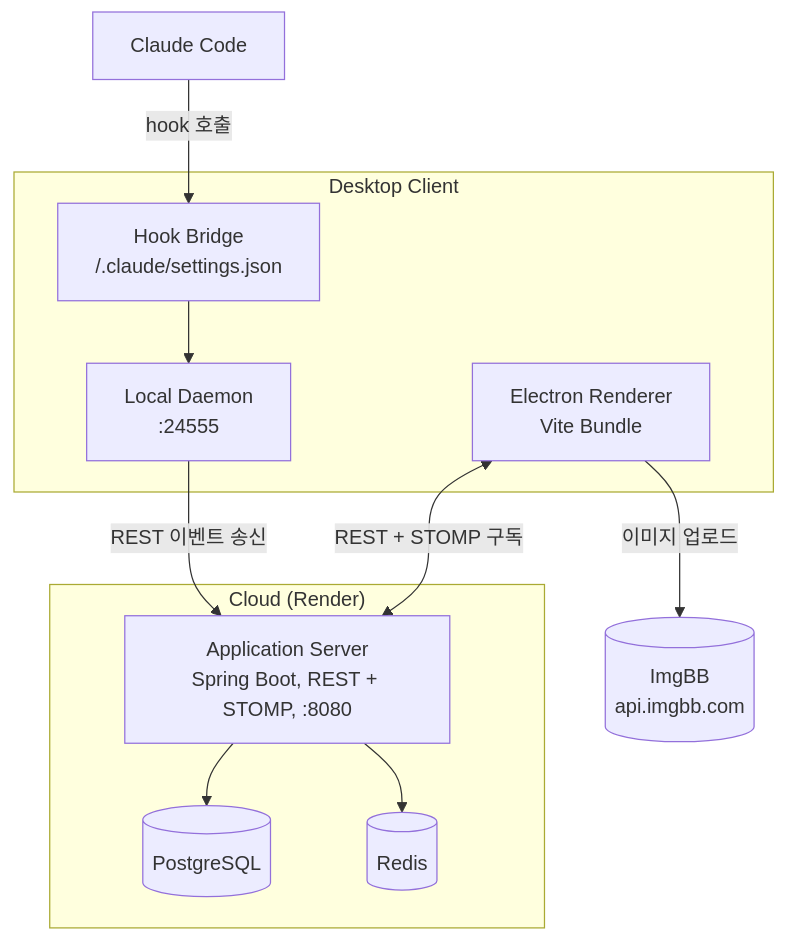
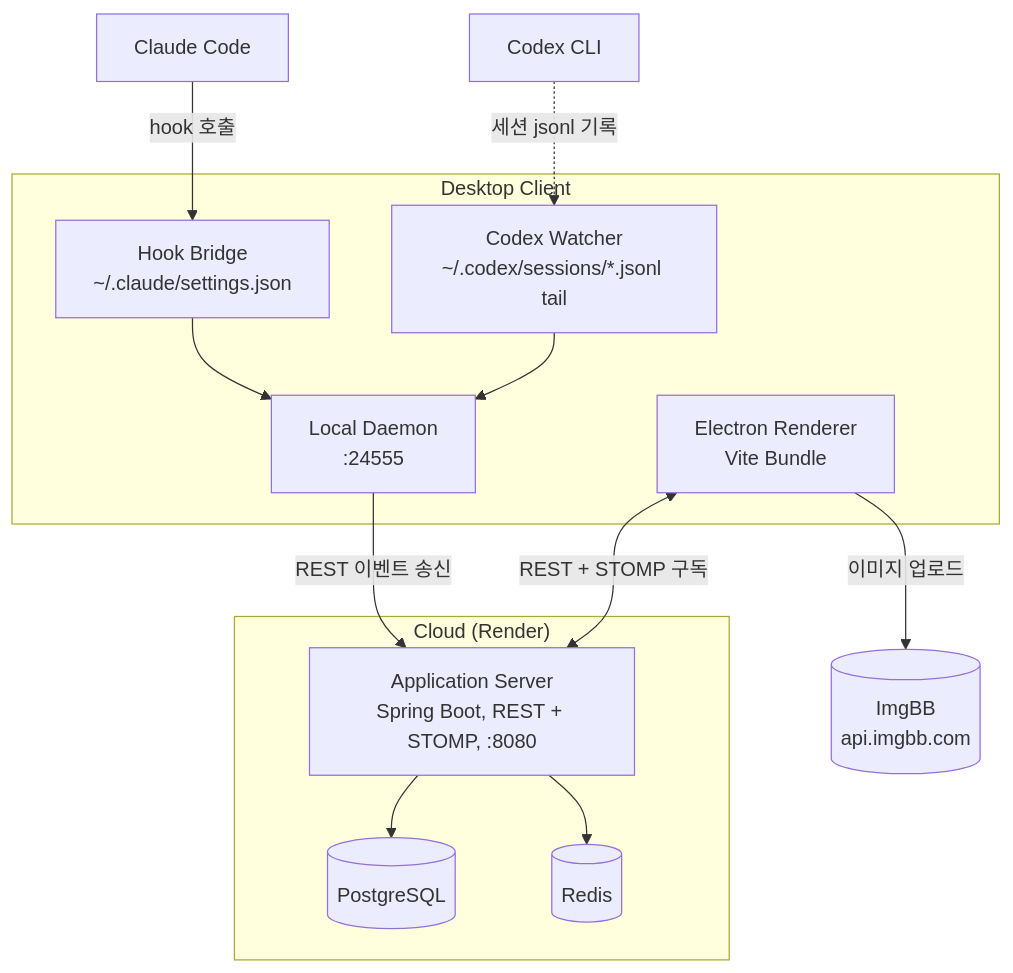
The diagram in README.md (Hwasowl/mohani), drawn with Mermaid before and after one commit. The commit also changed other lines of this file, not shown here.

````diff
--- a/README.md
+++ b/README.md
@@ -28,26 +28,31 @@
 ```mermaid
 graph TB
     CC[Claude Code]
 
+    Codex[Codex CLI]
+
     subgraph Client["Desktop Client"]
-        Hook[Hook Bridge<br/>/.claude/settings.json]
+        Hook[Hook Bridge<br/>~/.claude/settings.json]
+        Watcher[Codex Watcher<br/>~/.codex/sessions/*.jsonl tail]
         Daemon[Local Daemon<br/>:24555]
         Renderer[Electron Renderer<br/>Vite Bundle]
     end
 
     subgraph Cloud["Cloud (Render)"]
         Server[Application Server<br/>Spring Boot, REST + STOMP, :8080]
         PG[(PostgreSQL)]
         Redis[(Redis)]
     end
 
     ImgBB[(ImgBB<br/>api.imgbb.com)]
 
     CC -->|hook 호출| Hook
     Hook --> Daemon
+    Codex -.->|세션 jsonl 기록| Watcher
+    Watcher --> Daemon
     Daemon -->|REST 이벤트 송신| Server
     Renderer <-->|REST + STOMP 구독| Server
     Renderer -->|이미지 업로드| ImgBB
     Server --> PG
     Server --> Redis
 ```
````
